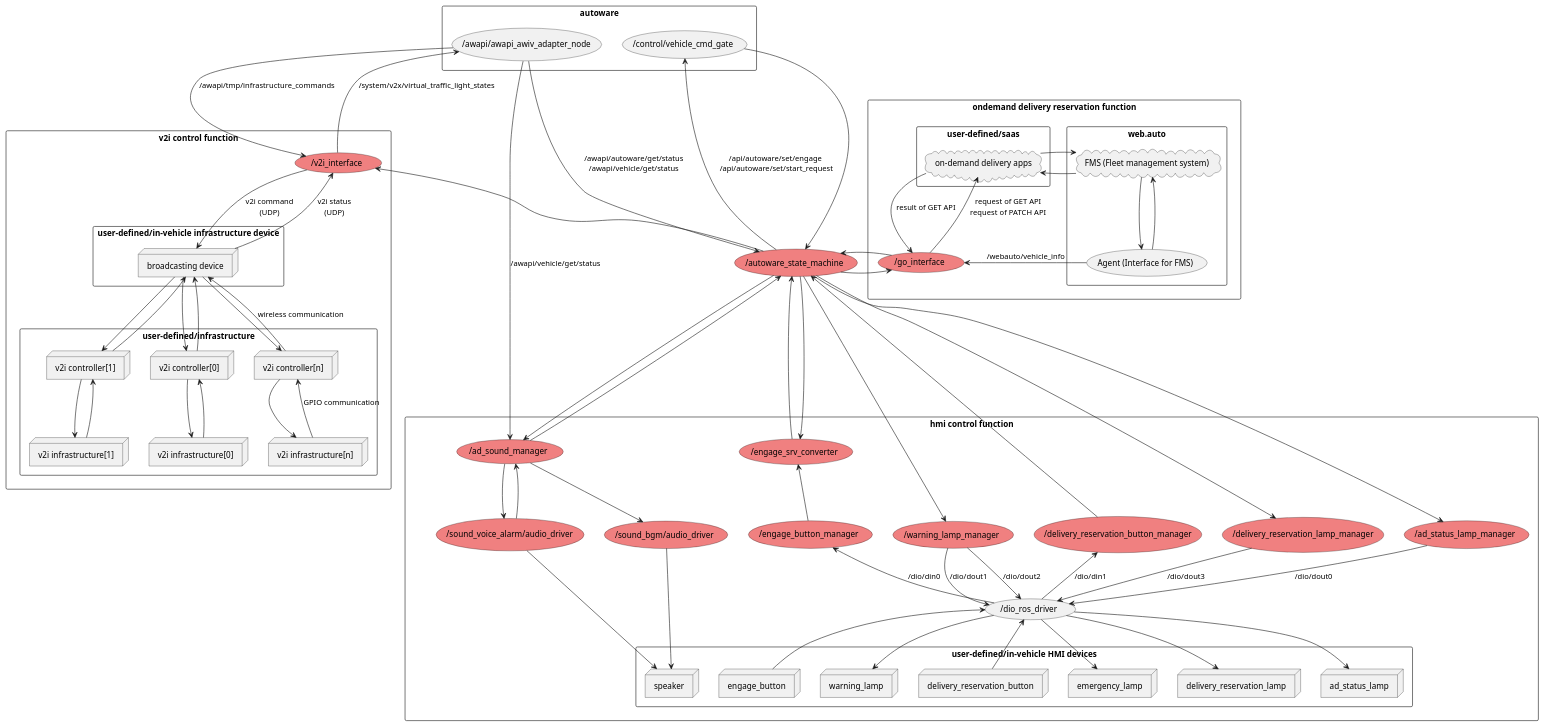
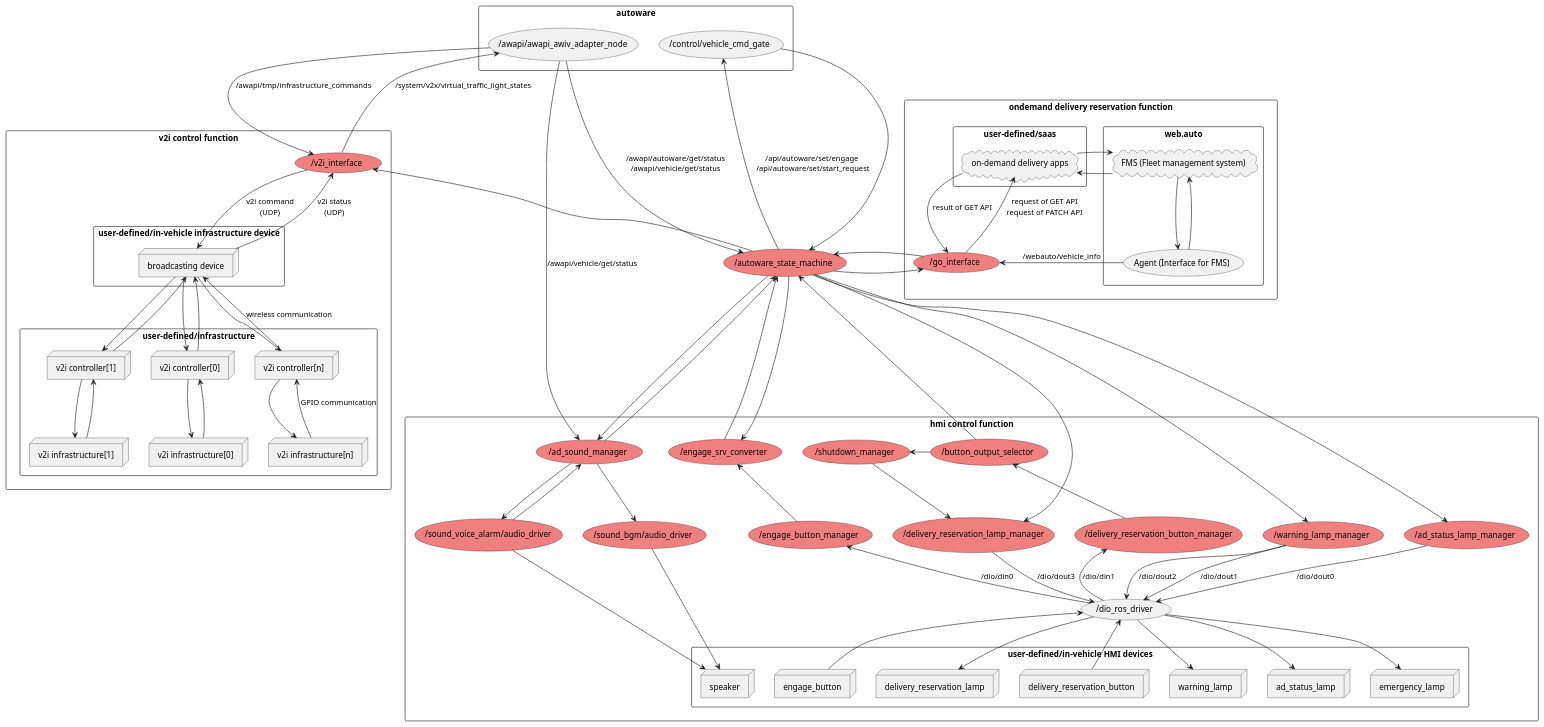
One commit to tier4/proj_launch changed the diagram in docs/node_graph.pu. Above: the diagram before and after it, drawn with PlantUML. The commit also changed 3 other files, not shown here.

First line of the commit message:
feat: include button_output_selector and shutdown_manager launch file (#8)

```diff
--- a/docs/node_graph.pu
+++ b/docs/node_graph.pu
@@ -1,146 +1,151 @@
 @startuml
 rectangle "autoware" {
   usecase "/awapi/awapi_awiv_adapter_node"
   usecase "/control/vehicle_cmd_gate"
 }
 
 rectangle "v2i control function" {
   usecase "/v2i_interface" #LightCoral
   rectangle "user-defined/in-vehicle infrastructure device" {
     node "broadcasting device"
   }
   rectangle "user-defined/infrastructure" {
     node "v2i controller[0]" as v2ictl_0
     node "v2i controller[1]" as v2ictl_1
     node "v2i controller[n]" as v2ictl_n
     node "v2i infrastructure[0]" as v2ihw_0
     node "v2i infrastructure[1]" as v2ihw_1
     node "v2i infrastructure[n]" as v2ihw_n
   }
 }
 
 rectangle "ondemand delivery reservation function" {
   rectangle "web.auto" {
     cloud "FMS (Fleet management system)" as FMS
     usecase "Agent (Interface for FMS)" as Agent
   }
   rectangle "user-defined/saas" {
     cloud "on-demand delivery apps" as DeliveryApp
   }
   usecase "/go_interface" #LightCoral
 }
 
 usecase "/autoware_state_machine" #LightCoral
 
 rectangle "hmi control function" {
   usecase "/ad_sound_manager" #LightCoral
   usecase "/sound_voice_alarm/audio_driver" #LightCoral
   usecase "/sound_bgm/audio_driver" #LightCoral
   usecase "/ad_status_lamp_manager" #LightCoral
   usecase "/engage_button_manager" #LightCoral
   usecase "/delivery_reservation_button_manager" #LightCoral
   usecase "/engage_srv_converter" #LightCoral
   usecase "/delivery_reservation_lamp_manager" #LightCoral
   usecase "/warning_lamp_manager" #LightCoral
+  usecase "/button_output_selector" #LightCoral
+  usecase "/shutdown_manager" #LightCoral
 
   usecase "/dio_ros_driver" as (/dio_ros_driver)
 
   rectangle "user-defined/in-vehicle HMI devices" {
     node "speaker"
     node "ad_status_lamp"
     node "warning_lamp"
     node "emergency_lamp"
     node "delivery_reservation_lamp"
     node "engage_button"
     node "delivery_reservation_button"
   }
 }
 
 (/v2i_interface) -[hidden] (/ad_sound_manager)
 (/engage_srv_converter) -[hidden] (/v2i_interface)
 (/ad_sound_manager) -[hidden] (/engage_srv_converter)
 (broadcasting device) -[hidden] (speaker)
 
 (/delivery_reservation_lamp_manager) --[hidden] (delivery_reservation_lamp)
 (/ad_status_lamp_manager) --[hidden] (ad_status_lamp)
 (/engage_button_manager) --[hidden] (engage_button)
 (/warning_lamp_manager) --[hidden] (emergency_lamp)
 (/warning_lamp_manager) ---[hidden] (warning_lamp)
 (/ad_sound_manager) --[hidden] (speaker)
 
 (/awapi/awapi_awiv_adapter_node) --> (/v2i_interface) : /awapi/tmp/infrastructure_commands
 (/awapi/awapi_awiv_adapter_node) <-- (/v2i_interface) : /system/v2x/virtual_traffic_light_states
 (/v2i_interface) --> (broadcasting device) : v2i command\n(UDP)
 (/v2i_interface) <-- (broadcasting device) : v2i status\n(UDP)
 (/v2i_interface) <--- (/autoware_state_machine)
 
 (broadcasting device) --> (v2ictl_0)
 (broadcasting device) <-- (v2ictl_0)
 (broadcasting device) --> (v2ictl_1)
 (broadcasting device) <-- (v2ictl_1)
 (broadcasting device) --> (v2ictl_n)
 (broadcasting device) <-- (v2ictl_n) : wireless communication
 
 (/autoware_state_machine) --> (/ad_status_lamp_manager)
 (/ad_status_lamp_manager) --> (/dio_ros_driver) : /dio/dout0
 
 (/delivery_reservation_button_manager) <-- (/dio_ros_driver): /dio/din1
-(/autoware_state_machine) <-- (/delivery_reservation_button_manager)
+(/button_output_selector) <-- (/delivery_reservation_button_manager)
+(/autoware_state_machine) <- (/button_output_selector)
+(/shutdown_manager) <- (/button_output_selector)
 (/engage_button_manager) <-- (/dio_ros_driver): /dio/din0
 (/engage_srv_converter) <-- (/engage_button_manager)
 
 (/autoware_state_machine) --> (/delivery_reservation_lamp_manager)
+(/shutdown_manager) --> (/delivery_reservation_lamp_manager)
 (/delivery_reservation_lamp_manager) --> (/dio_ros_driver) : /dio/dout3
 
 (/autoware_state_machine) <-- (/engage_srv_converter)
 (/autoware_state_machine) --> (/engage_srv_converter) 
 (/control/vehicle_cmd_gate) <-- (/autoware_state_machine) : /api/autoware/set/engage\n /api/autoware/set/start_request
 (/control/vehicle_cmd_gate) --> (/autoware_state_machine) 
 
 (/awapi/awapi_awiv_adapter_node) -[hidden] (/control/vehicle_cmd_gate)
 (/awapi/awapi_awiv_adapter_node) --> (/ad_sound_manager) : /awapi/vehicle/get/status
 (/autoware_state_machine) ---> (/ad_sound_manager)
 (/autoware_state_machine) <--- (/ad_sound_manager)
 (/ad_sound_manager) --> (/sound_voice_alarm/audio_driver)
 (/ad_sound_manager) <-- (/sound_voice_alarm/audio_driver)
 (/ad_sound_manager) --> (/sound_bgm/audio_driver)
 (/sound_voice_alarm/audio_driver) --> (speaker)
 (/sound_bgm/audio_driver) --> (speaker)
 
 (FMS) -> (DeliveryApp)
 (FMS) <- (DeliveryApp)
 (FMS) --> (Agent)
 (FMS) <-- (Agent)
 (Agent) -> (/go_interface) : /webauto/vehicle_info
 (DeliveryApp) -->  (/go_interface) : result of GET API
 (DeliveryApp) <-- (/go_interface) : request of GET API\nrequest of PATCH API
 (/autoware_state_machine) -> (/go_interface)
 (/autoware_state_machine) <- (/go_interface)
 
 (broadcasting device) -[hidden] (v2ictl_1)
 (v2ictl_0) -[hidden] (v2ictl_1)
 (v2ictl_1) -[hidden] (v2ictl_n)
 (v2ictl_n) --[hidden] (/ad_sound_manager)
 
 
 (v2ictl_0) --> (v2ihw_0)
 (v2ictl_0) <-- (v2ihw_0)
 (v2ictl_1) --> (v2ihw_1)
 (v2ictl_1) <-- (v2ihw_1)
 (v2ictl_n) --> (v2ihw_n)
 (v2ictl_n) <-- (v2ihw_n) : GPIO communication
 
 (/autoware_state_machine) --> (/warning_lamp_manager)
 (/warning_lamp_manager) --> (/dio_ros_driver) : /dio/dout2
 (/warning_lamp_manager) --> (/dio_ros_driver) : /dio/dout1
 
 (/dio_ros_driver) --> (ad_status_lamp)
 (/dio_ros_driver) --> (warning_lamp)
 (/dio_ros_driver) --> (emergency_lamp)
 (/dio_ros_driver) --> (delivery_reservation_lamp)
 (/dio_ros_driver) <-- (engage_button)
 (/dio_ros_driver) <-- (delivery_reservation_button)
 
 (/awapi/awapi_awiv_adapter_node) --> (/autoware_state_machine) : /awapi/autoware/get/status\n/awapi/vehicle/get/status
 
 @enduml
```
